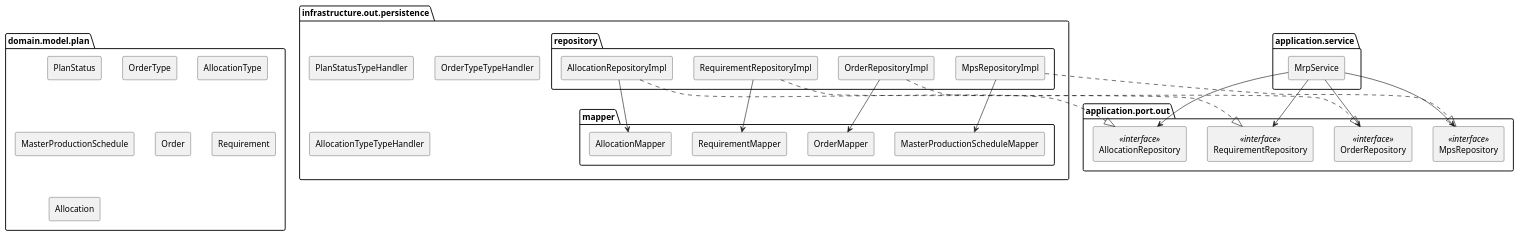
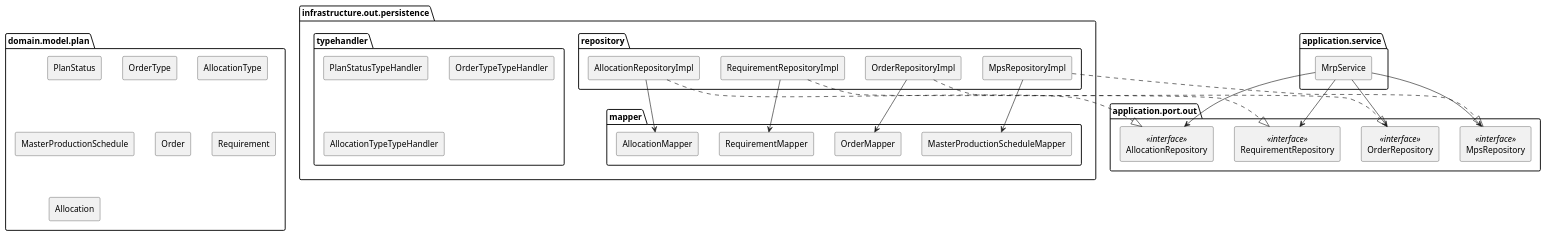
The fourth of 8 diagrams in docs/article/part4/chapter24.md (k2works/practical-database-design), drawn with PlantUML before and after one commit. The commit also changed other lines of this file, not shown here.

````diff
--- a/docs/article/part4/chapter24.md
+++ b/docs/article/part4/chapter24.md
@@ -286,60 +286,62 @@
 ```plantuml
 @startuml
 skinparam componentStyle rectangle
 
 package "domain.model.plan" {
   [PlanStatus]
   [OrderType]
   [AllocationType]
   [MasterProductionSchedule]
   [Order]
   [Requirement]
   [Allocation]
 }
 
 package "application.port.out" {
   [MpsRepository] <<interface>>
   [OrderRepository] <<interface>>
   [RequirementRepository] <<interface>>
   [AllocationRepository] <<interface>>
 }
 
 package "application.service" {
   [MrpService]
 }
 
 package "infrastructure.out.persistence" {
   package "mapper" {
     [MasterProductionScheduleMapper]
     [OrderMapper]
     [RequirementMapper]
     [AllocationMapper]
   }
   package "repository" {
     [MpsRepositoryImpl]
     [OrderRepositoryImpl]
     [RequirementRepositoryImpl]
     [AllocationRepositoryImpl]
   }
-  [PlanStatusTypeHandler]
-  [OrderTypeTypeHandler]
-  [AllocationTypeTypeHandler]
+  package "typehandler" {
+    [PlanStatusTypeHandler]
+    [OrderTypeTypeHandler]
+    [AllocationTypeTypeHandler]
+  }
 }
 
 [MrpService] --> [MpsRepository]
 [MrpService] --> [OrderRepository]
 [MrpService] --> [RequirementRepository]
 [MrpService] --> [AllocationRepository]
 
 [MpsRepositoryImpl] ..|> [MpsRepository]
 [OrderRepositoryImpl] ..|> [OrderRepository]
 [RequirementRepositoryImpl] ..|> [RequirementRepository]
 [AllocationRepositoryImpl] ..|> [AllocationRepository]
 
 [MpsRepositoryImpl] --> [MasterProductionScheduleMapper]
 [OrderRepositoryImpl] --> [OrderMapper]
 [RequirementRepositoryImpl] --> [RequirementMapper]
 [AllocationRepositoryImpl] --> [AllocationMapper]
 
 @enduml
 ```
````
